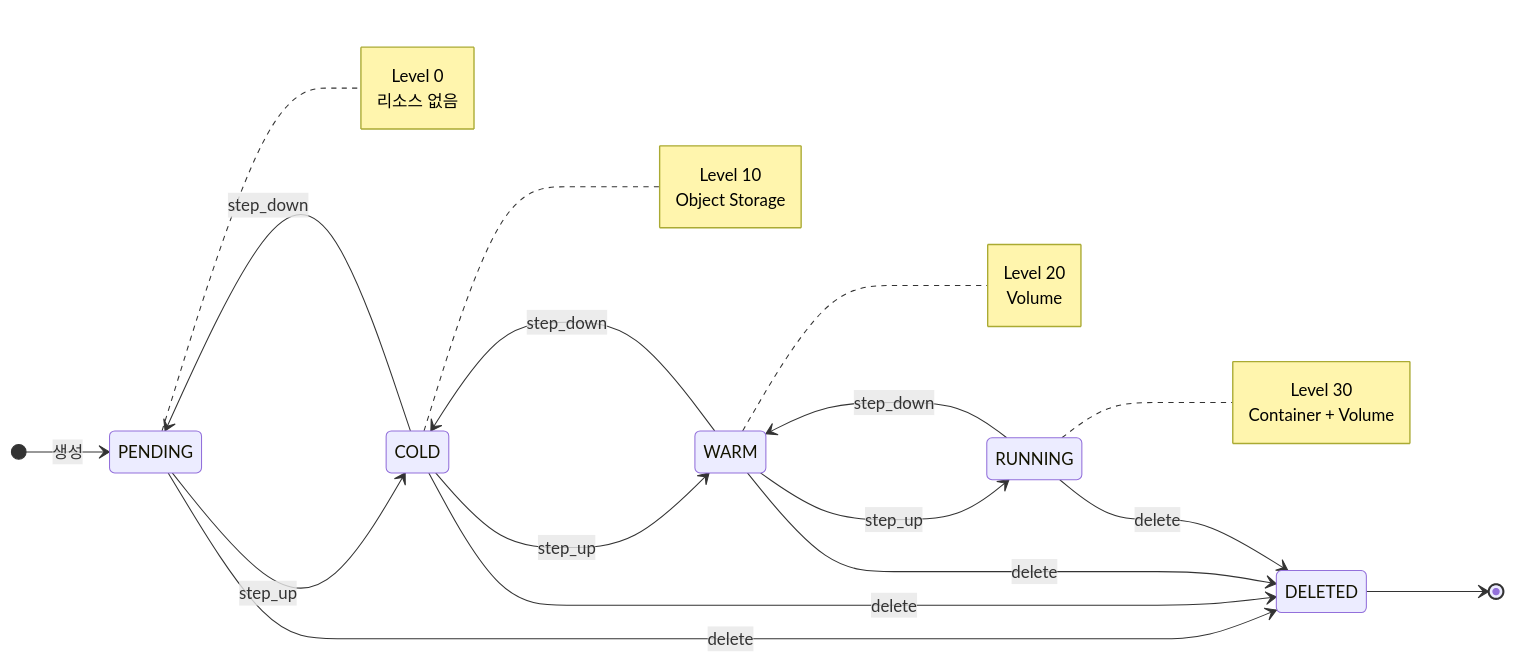
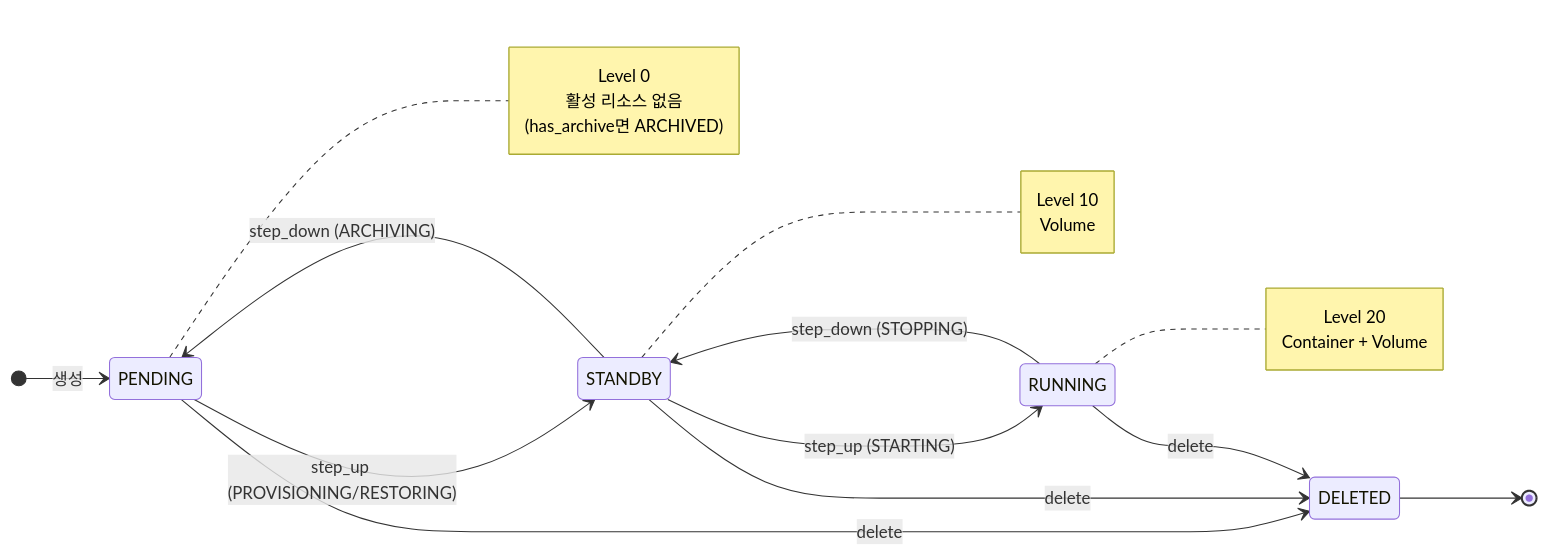
Before and after one commit to cagojeiger/code-hub: the sixth of 7 diagrams in docs/adr/008-ordered-state-machine.md, drawn with Mermaid. The commit also changed other lines of this file and 11 other files, not shown here.

````diff
--- a/docs/adr/008-ordered-state-machine.md
+++ b/docs/adr/008-ordered-state-machine.md
@@ -208,26 +252,22 @@
 ```mermaid
 stateDiagram-v2
     direction LR
 
     [*] --> PENDING: 생성
 
-    PENDING --> COLD: step_up
-    COLD --> WARM: step_up
-    WARM --> RUNNING: step_up
+    PENDING --> STANDBY: step_up (PROVISIONING/RESTORING)
+    STANDBY --> RUNNING: step_up (STARTING)
 
-    RUNNING --> WARM: step_down
-    WARM --> COLD: step_down
-    COLD --> PENDING: step_down
+    RUNNING --> STANDBY: step_down (STOPPING)
+    STANDBY --> PENDING: step_down (ARCHIVING)
 
     PENDING --> DELETED: delete
-    COLD --> DELETED: delete
-    WARM --> DELETED: delete
+    STANDBY --> DELETED: delete
     RUNNING --> DELETED: delete
 
     DELETED --> [*]
 
-    note right of PENDING: Level 0<br/>리소스 없음
-    note right of COLD: Level 10<br/>Object Storage
-    note right of WARM: Level 20<br/>Volume
-    note right of RUNNING: Level 30<br/>Container + Volume
+    note right of PENDING: Level 0<br/>활성 리소스 없음<br/>(has_archive면 ARCHIVED)
+    note right of STANDBY: Level 10<br/>Volume
+    note right of RUNNING: Level 20<br/>Container + Volume
 ```
````
